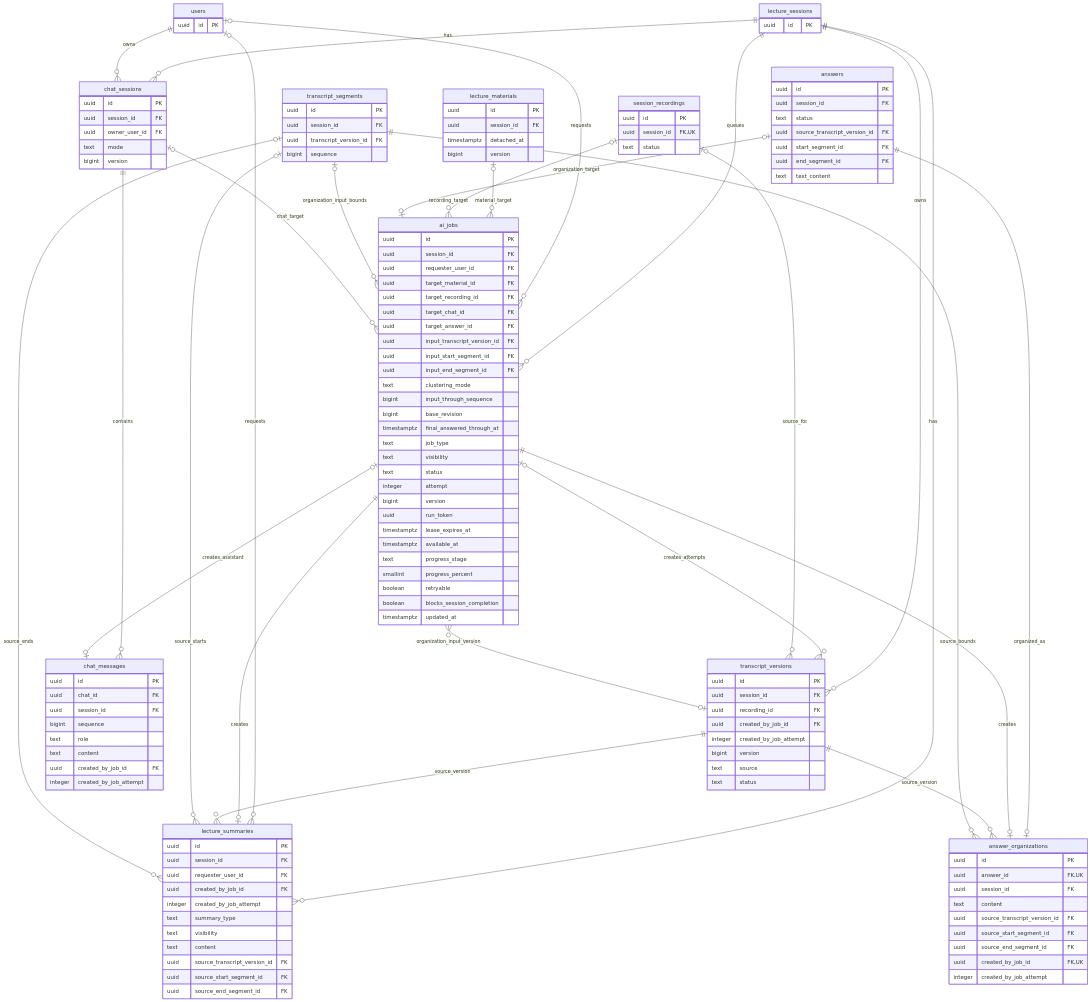
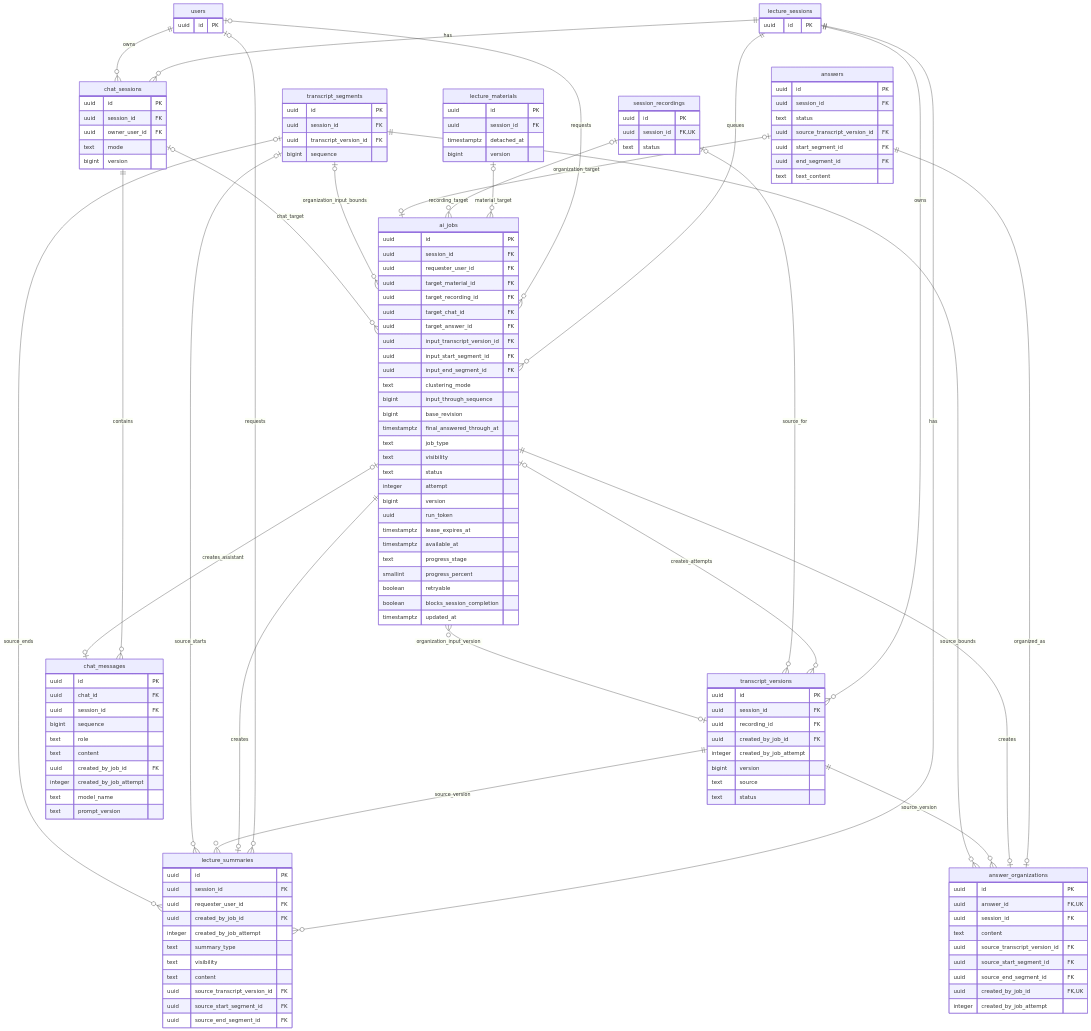
Before and after one commit to madcamp-official/26s-w2-c2-08: the fourth of 5 diagrams in docs/database/ERD.md, drawn with Mermaid. The commit also changed other lines of this file and 1 other file, not shown here.

```diff
--- a/docs/database/ERD.md
+++ b/docs/database/ERD.md
@@ -632,6 +640,8 @@
         text content
         uuid created_by_job_id FK
         integer created_by_job_attempt
+        text model_name
+        text prompt_version
     }
 
     lectureSessions ||--o{ aiJobs : queues
```
